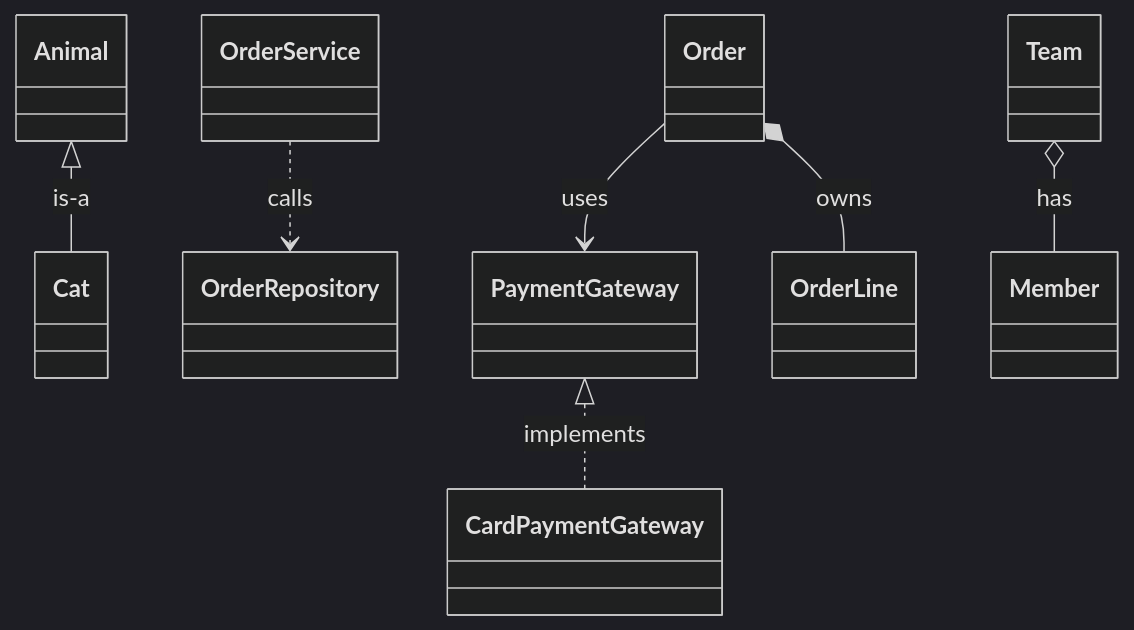
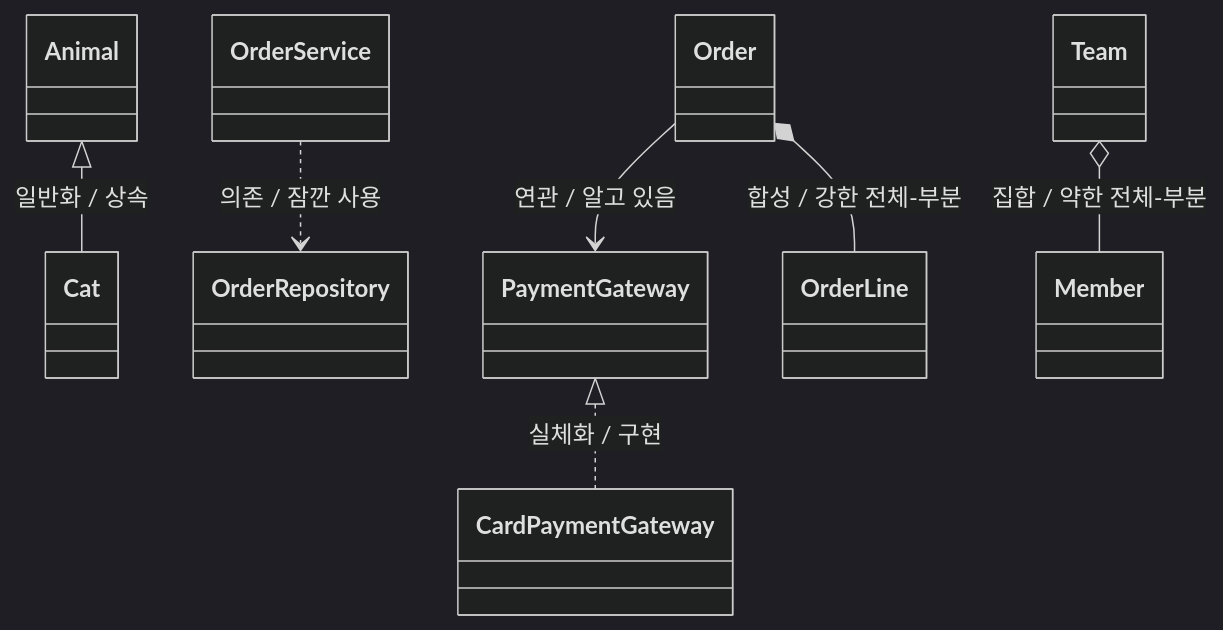
Before and after one commit to currenjin/currenjin.github.io: the second of 12 diagrams in _wiki/uml-diagram.md, drawn with Mermaid (dark theme). The commit also changed other lines of this file and 1 other file, not shown here.

Commit message:
docs: clarify UML line notation visually

````diff
--- a/_wiki/uml-diagram.md
+++ b/_wiki/uml-diagram.md
@@ -99,9 +92,10 @@
 ```mermaid
 classDiagram
-    Animal <|-- Cat : is-a
-    PaymentGateway <|.. CardPaymentGateway : implements
-    Order --> PaymentGateway : uses
-    OrderService ..> OrderRepository : calls
-    Team o-- Member : has
-    Order *-- OrderLine : owns
+    direction TB
+    Animal <|-- Cat : 일반화 / 상속
+    PaymentGateway <|.. CardPaymentGateway : 실체화 / 구현
+    Order --> PaymentGateway : 연관 / 알고 있음
+    OrderService ..> OrderRepository : 의존 / 잠깐 사용
+    Team o-- Member : 집합 / 약한 전체-부분
+    Order *-- OrderLine : 합성 / 강한 전체-부분
 ```
````
